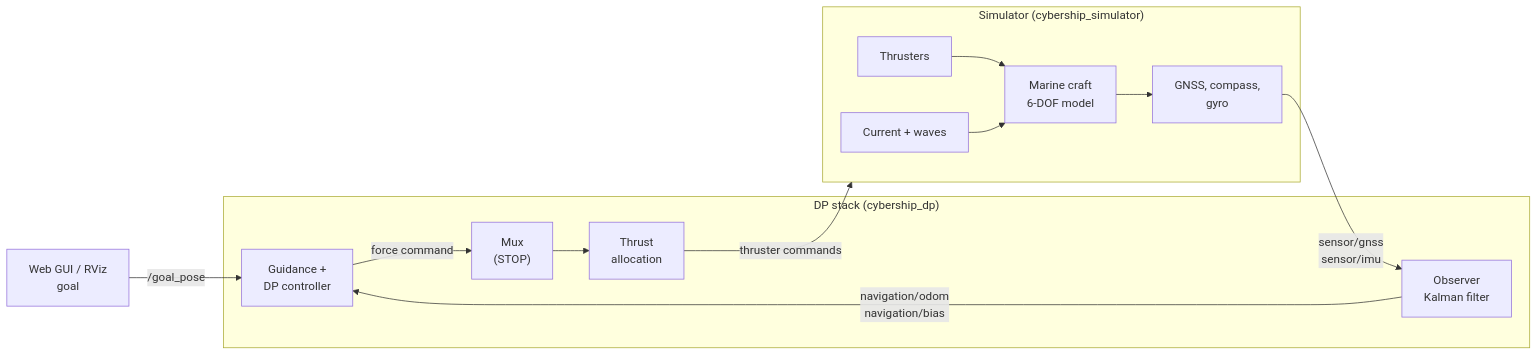
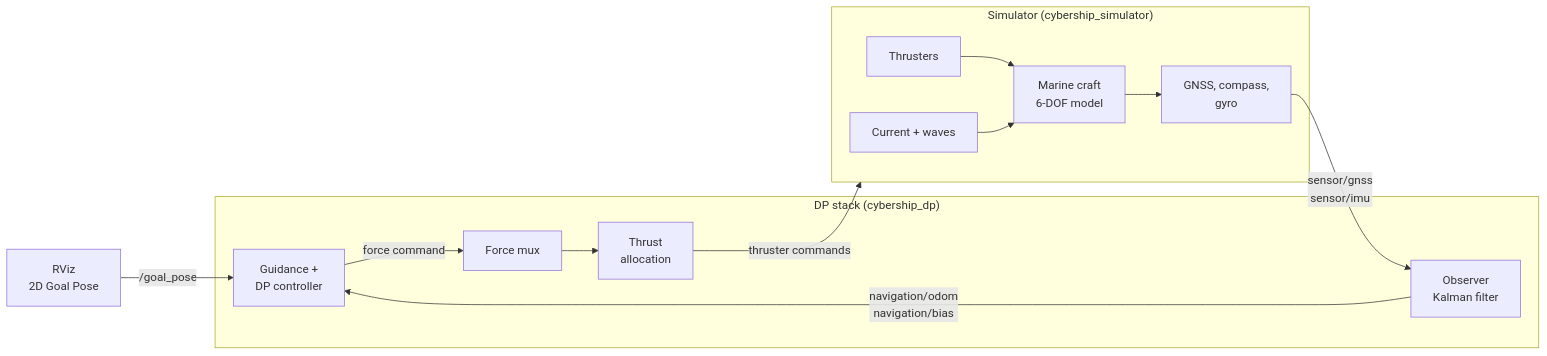
Before and after one commit to alihsar1kaya/cybership_blueboat: the diagram in README.md, drawn with Mermaid. The commit also changed other lines of this file and 2 other files, not shown here.

````diff
--- a/README.md
+++ b/README.md
@@ -142,16 +231,16 @@
 ```mermaid
 flowchart LR
-    GUI["Web GUI / RViz<br/>goal"] -->|/goal_pose| CTRL
+    GOAL["RViz<br/>2D Goal Pose"] -->|/goal_pose| CTRL
     subgraph DP["DP stack (cybership_dp)"]
         OBS["Observer<br/>Kalman filter"] -->|navigation/odom<br/>navigation/bias| CTRL["Guidance +<br/>DP controller"]
-        CTRL -->|force command| MUX["Mux<br/>(STOP)"]
+        CTRL -->|force command| MUX["Force mux"]
         MUX --> ALLOC["Thrust<br/>allocation"]
     end
     ALLOC -->|thruster commands| SIM
     subgraph SIM["Simulator (cybership_simulator)"]
         THR["Thrusters"] --> CRAFT["Marine craft<br/>6-DOF model"]
         ENV["Current + waves"] --> CRAFT
         CRAFT --> SENS["GNSS, compass,<br/>gyro"]
     end
     SENS -->|sensor/gnss<br/>sensor/imu| OBS
 ```
````
